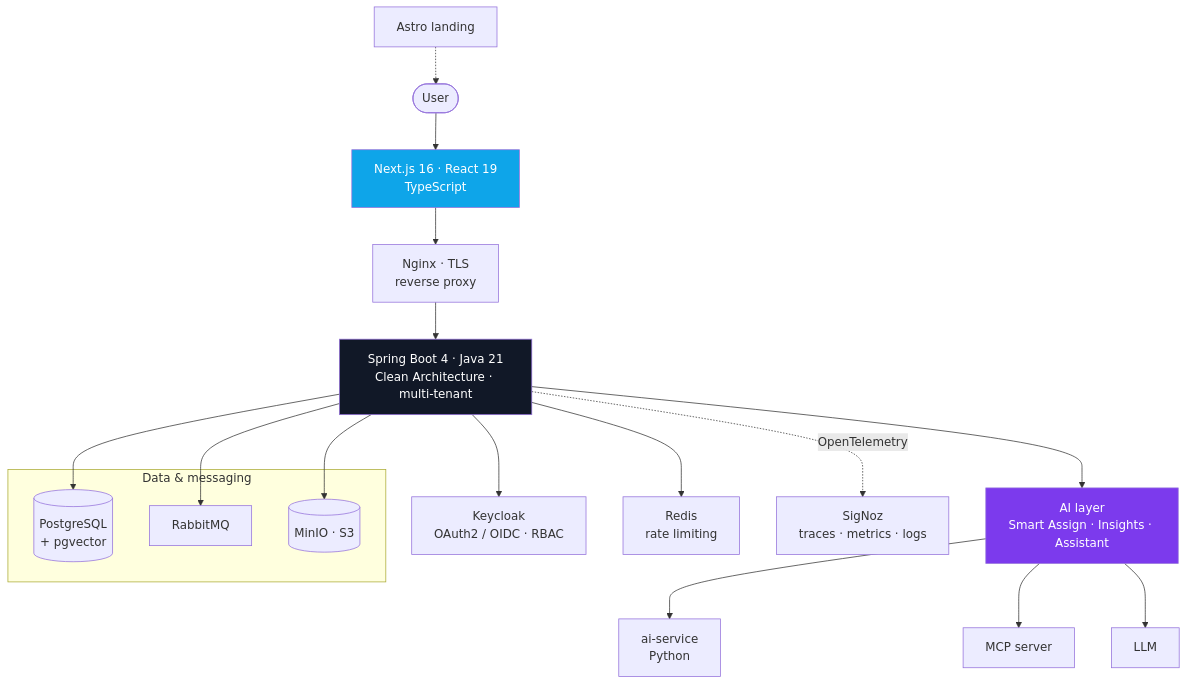
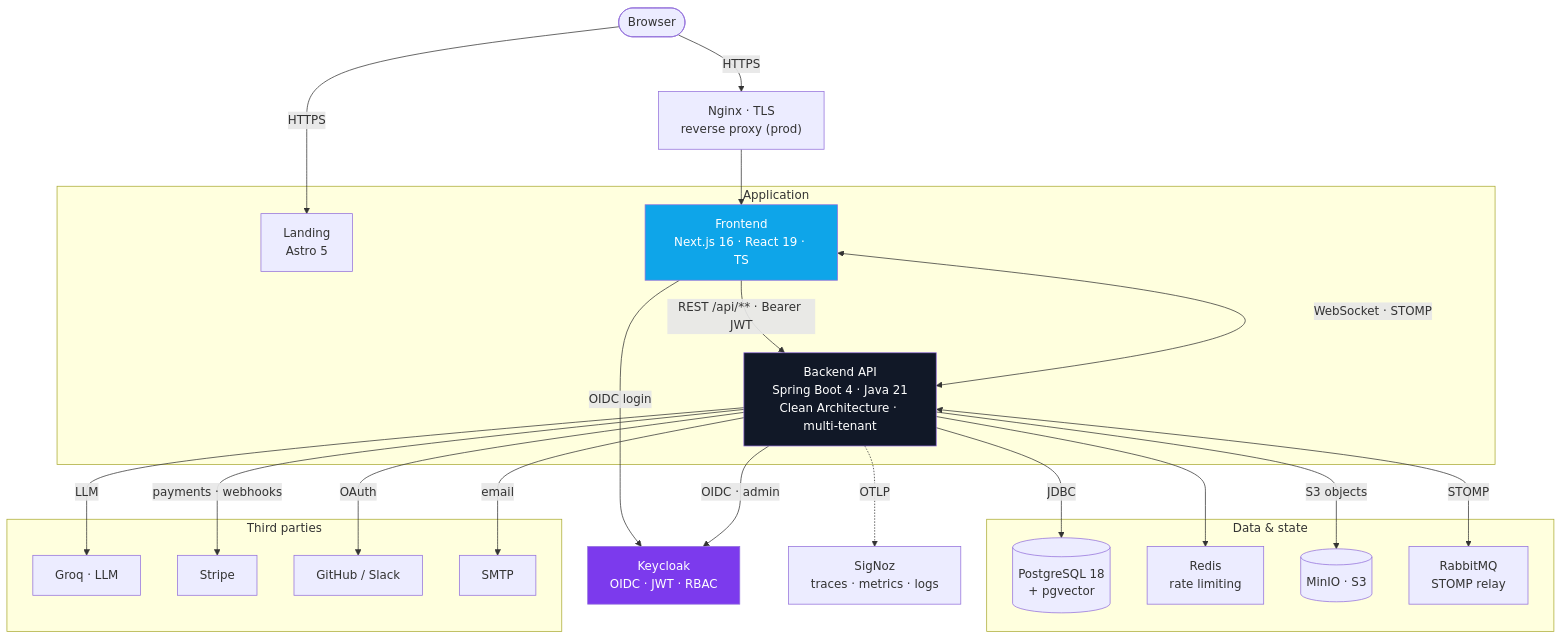
The first of 3 diagrams in profile/README.md (taskforce-project/.github), drawn with Mermaid before and after one commit. The commit also changed other lines of this file, not shown here.

First line of the commit message:
docs(profile): deepen architecture — real protocols, delivery pipeline, three-repo system

````diff
--- a/profile/README.md
+++ b/profile/README.md
@@ -79,30 +80,51 @@
 ```mermaid
 flowchart TB
-    U([User]) --> FE["Next.js 16 · React 19<br/>TypeScript"]
-    LP["Astro landing"] -.-> U
-    FE --> GW["Nginx · TLS<br/>reverse proxy"]
-    GW --> API["Spring Boot 4 · Java 21<br/>Clean Architecture · multi-tenant"]
+    U(["Browser"])
 
-    API --> AUTH["Keycloak<br/>OAuth2 / OIDC · RBAC"]
-    API --> RL["Redis<br/>rate limiting"]
-    API --> AI["AI layer<br/>Smart Assign · Insights · Assistant"]
+    subgraph APP ["Application"]
+        LAND["Landing<br/>Astro 5"]
+        FE["Frontend<br/>Next.js 16 · React 19 · TS"]
+        API["Backend API<br/>Spring Boot 4 · Java 21<br/>Clean Architecture · multi-tenant"]
+    end
 
-    subgraph DATA ["Data & messaging"]
-        PG[("PostgreSQL<br/>+ pgvector")]
-        MQ["RabbitMQ"]
-        OBJ[("MinIO · S3")]
+    NGX["Nginx · TLS<br/>reverse proxy (prod)"]
+    KC["Keycloak<br/>OIDC · JWT · RBAC"]
+
+    subgraph DATA ["Data & state"]
+        PG[("PostgreSQL 18<br/>+ pgvector")]
+        RDS["Redis<br/>rate limiting"]
+        S3[("MinIO · S3")]
+        RMQ["RabbitMQ<br/>STOMP relay"]
     end
-    API --> PG
-    API --> MQ
-    API --> OBJ
 
-    AI --> SVC["ai-service<br/>Python"]
-    AI --> MCP["MCP server"]
-    AI --> LLM["LLM"]
+    subgraph EXT ["Third parties"]
+        GROQ["Groq · LLM"]
+        STRIPE["Stripe"]
+        OAUTH["GitHub / Slack"]
+        SMTP["SMTP"]
+    end
 
-    API -. OpenTelemetry .-> OBS["SigNoz<br/>traces · metrics · logs"]
+    OBS["SigNoz<br/>traces · metrics · logs"]
+
+    U -->|HTTPS| LAND
+    U -->|HTTPS| NGX
+    NGX --> FE
+    FE -->|"REST /api/** · Bearer JWT"| API
+    FE <-->|"WebSocket · STOMP"| API
+    FE -->|OIDC login| KC
+
+    API -->|"OIDC · admin"| KC
+    API -->|JDBC| PG
+    API --> RDS
+    API -->|"S3 objects"| S3
+    API <-->|STOMP| RMQ
+    API -->|LLM| GROQ
+    API -->|"payments · webhooks"| STRIPE
+    API -->|OAuth| OAUTH
+    API -->|email| SMTP
+    API -. OTLP .-> OBS
 
     style API fill:#111827,color:#fff
-    style AI fill:#7c3aed,color:#fff
     style FE fill:#0ea5e9,color:#fff
+    style KC fill:#7c3aed,color:#fff
 ```
````
